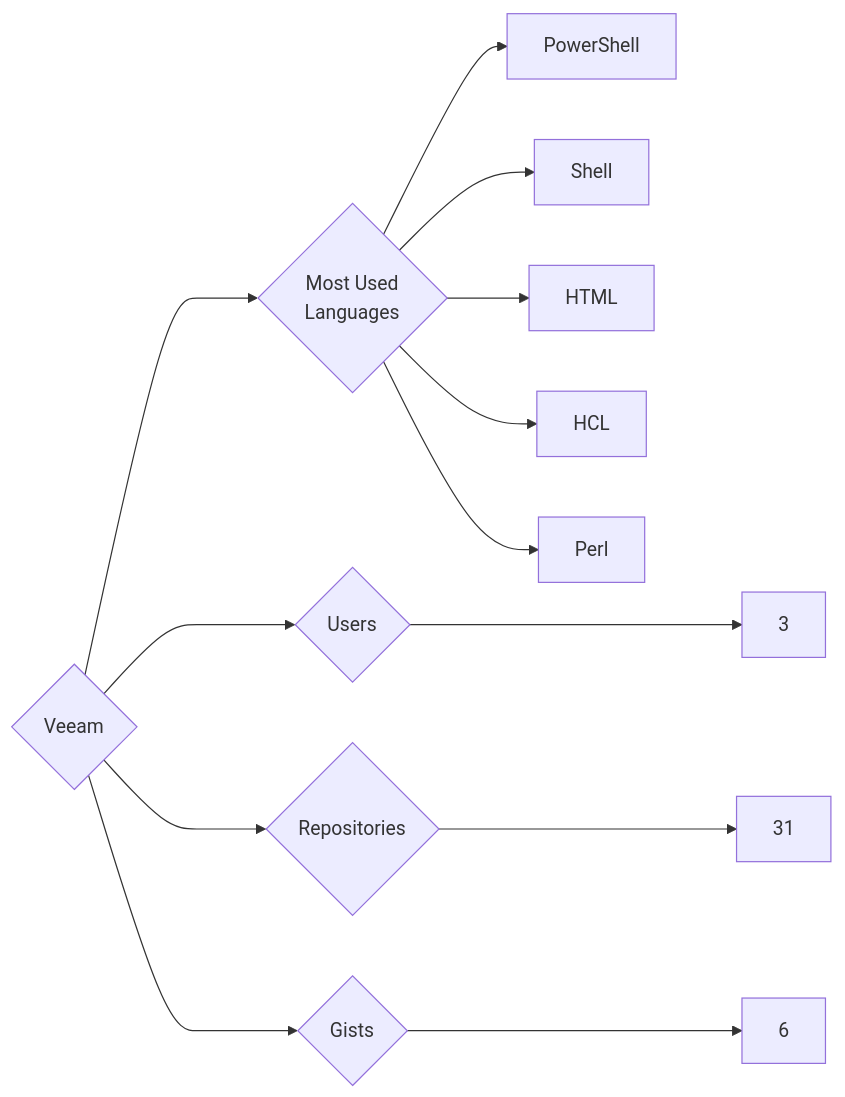
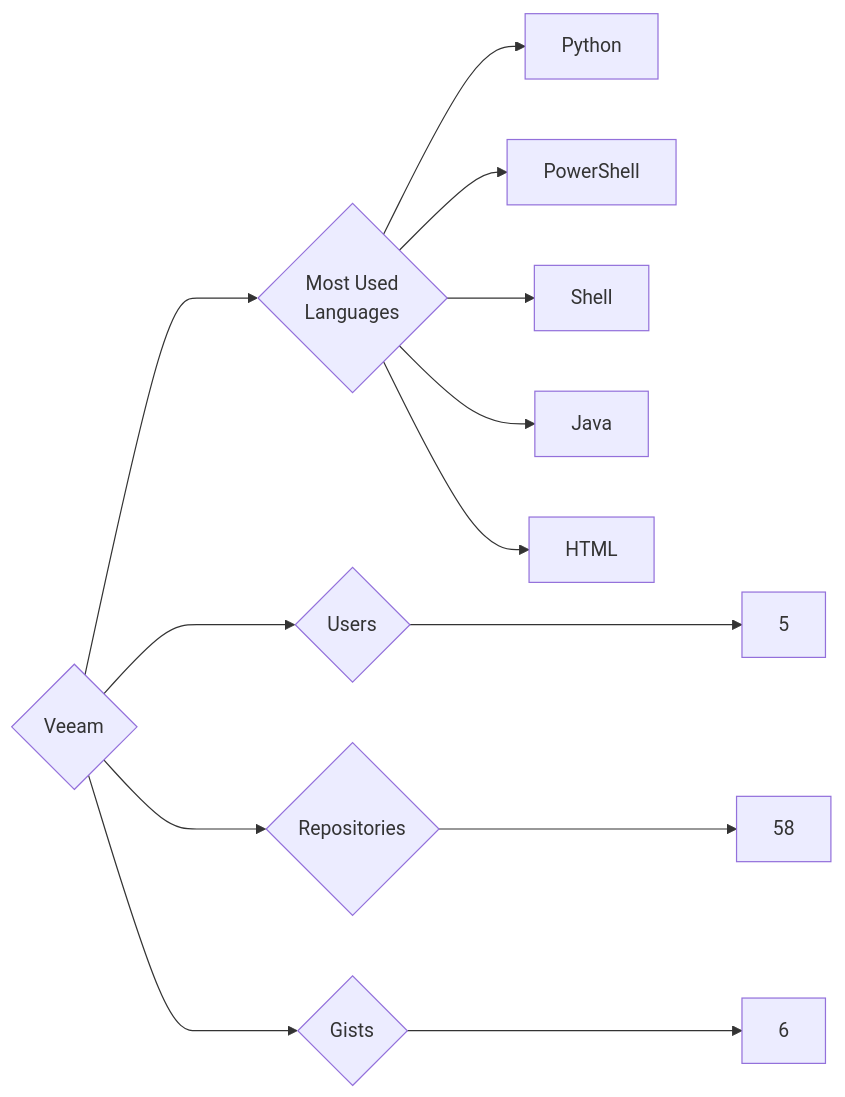
The diagram in targets/Veeam/README.md (trickest/insiders), drawn with Mermaid before and after one commit. The commit also changed 1389 other files, not shown here.

````diff
--- a/targets/Veeam/README.md
+++ b/targets/Veeam/README.md
@@ -3,13 +3,13 @@
 ```mermaid
 graph LR
 COMPANY_NAME{Veeam}
-COMPANY_NAME ---> U{Users} ---> UN[3]
-COMPANY_NAME ---> R{Repositories} ---> RN[31]
+COMPANY_NAME ---> U{Users} ---> UN[5]
+COMPANY_NAME ---> R{Repositories} ---> RN[58]
 COMPANY_NAME ---> G{Gists} ---> GN[6]
 COMPANY_NAME ---> ML{Most Used<br>Languages}
+ML --> Python[Python]
 ML --> PowerShell[PowerShell]
 ML --> Shell[Shell]
+ML --> Java[Java]
 ML --> HTML[HTML]
-ML --> HCL[HCL]
-ML --> Perl[Perl]
 ```
````
